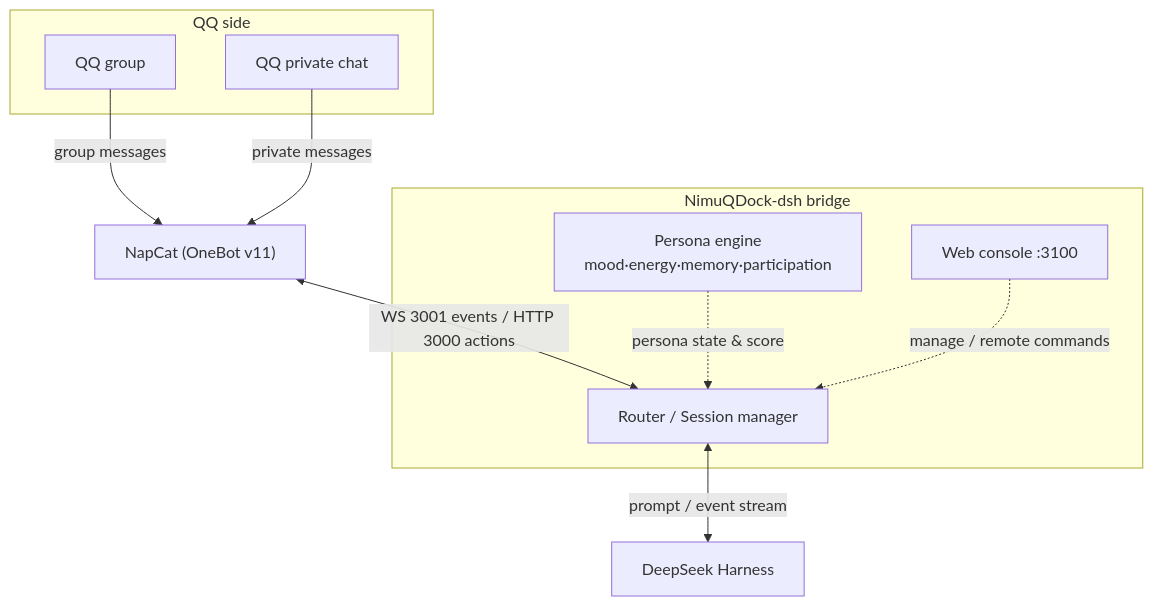
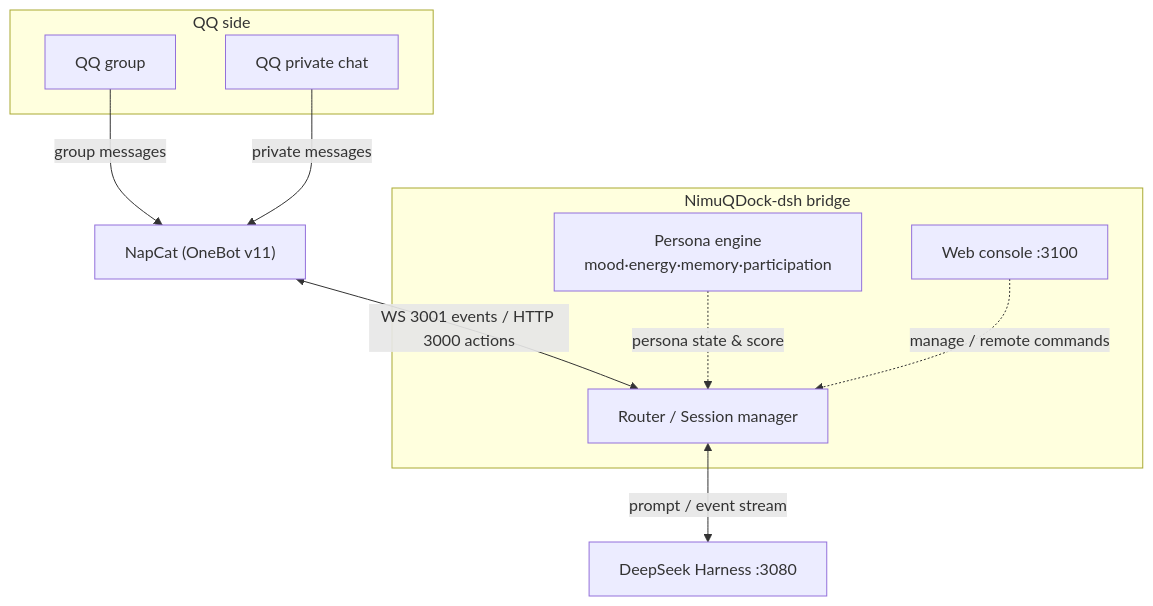
One commit to NimuStudio/NimuQDock-dsh changed the diagram in README.en.md. Above: the diagram before and after it, drawn with Mermaid. The commit also changed other lines of this file and 9 other files, not shown here.

````diff
--- a/README.en.md
+++ b/README.en.md
@@ -48,21 +85,21 @@
 ```mermaid
 flowchart TB
     subgraph QQ_SIDE["QQ side"]
         G["QQ group"]
         P["QQ private chat"]
     end
     NC["NapCat (OneBot v11)"]
     subgraph BRIDGE["NimuQDock-dsh bridge"]
         R["Router / Session manager"]
         PE["Persona engine<br/>mood·energy·memory·participation"]
         CON["Web console :3100"]
     end
-    DSH["DeepSeek Harness"]
+    DSH["DeepSeek Harness :3080"]
 
     G -->|group messages| NC
     P -->|private messages| NC
     NC <-->|WS 3001 events / HTTP 3000 actions| R
     PE -.persona state & score.-> R
     CON -.manage / remote commands.-> R
     R <-->|prompt / event stream| DSH
 ```
````
